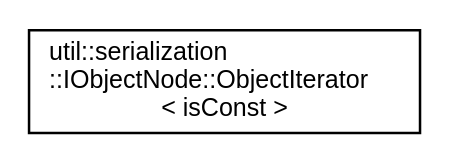
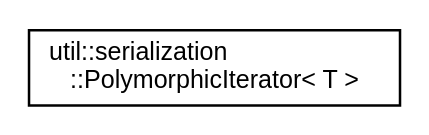
The diagram in inherit_graph_93.dot (AndreasLrx/ecstasy), drawn with Graphviz before and after one commit. The commit also changed 380 other files, not shown here.

```diff
--- a/inherit_graph_93.dot
+++ b/inherit_graph_93.dot
@@ -1,8 +1,8 @@
 digraph "Graphical Class Hierarchy"
 {
  // LATEX_PDF_SIZE
   edge [fontname="Helvetica",fontsize="10",labelfontname="Helvetica",labelfontsize="10"];
   node [fontname="Helvetica",fontsize="10",shape=record];
   rankdir="LR";
-  Node0 [label="util::serialization\l::IObjectNode::ObjectIterator\l\< isConst \>",height=0.2,width=0.4,color="black", fillcolor="white", style="filled",URL="$classutil_1_1serialization_1_1_i_object_node_1_1_object_iterator.html",tooltip="Abstract Object Iterator."];
+  Node0 [label="util::serialization\l::PolymorphicIterator\< T \>",height=0.2,width=0.4,color="black", fillcolor="white", style="filled",URL="$classutil_1_1serialization_1_1_polymorphic_iterator.html",tooltip="Polymorphism iterator for value T."];
 }
```
